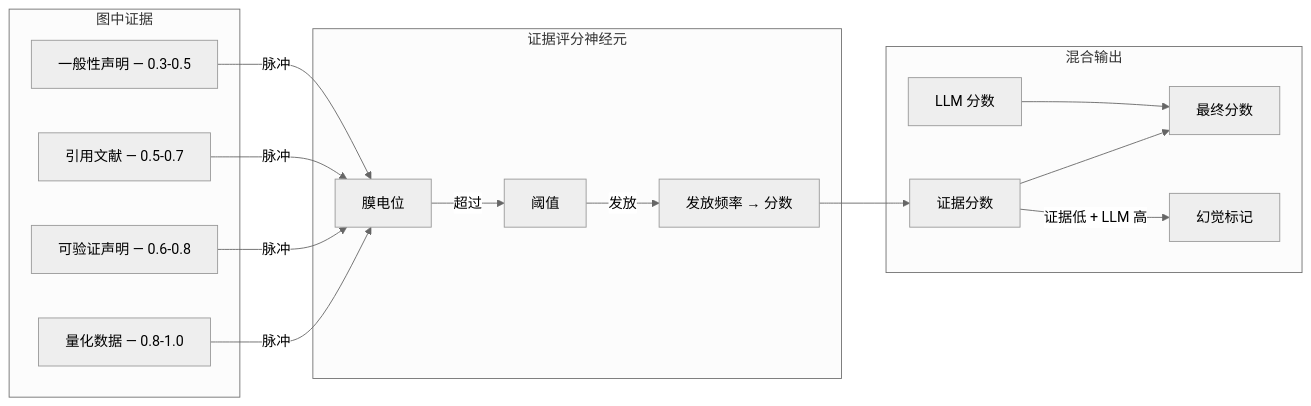
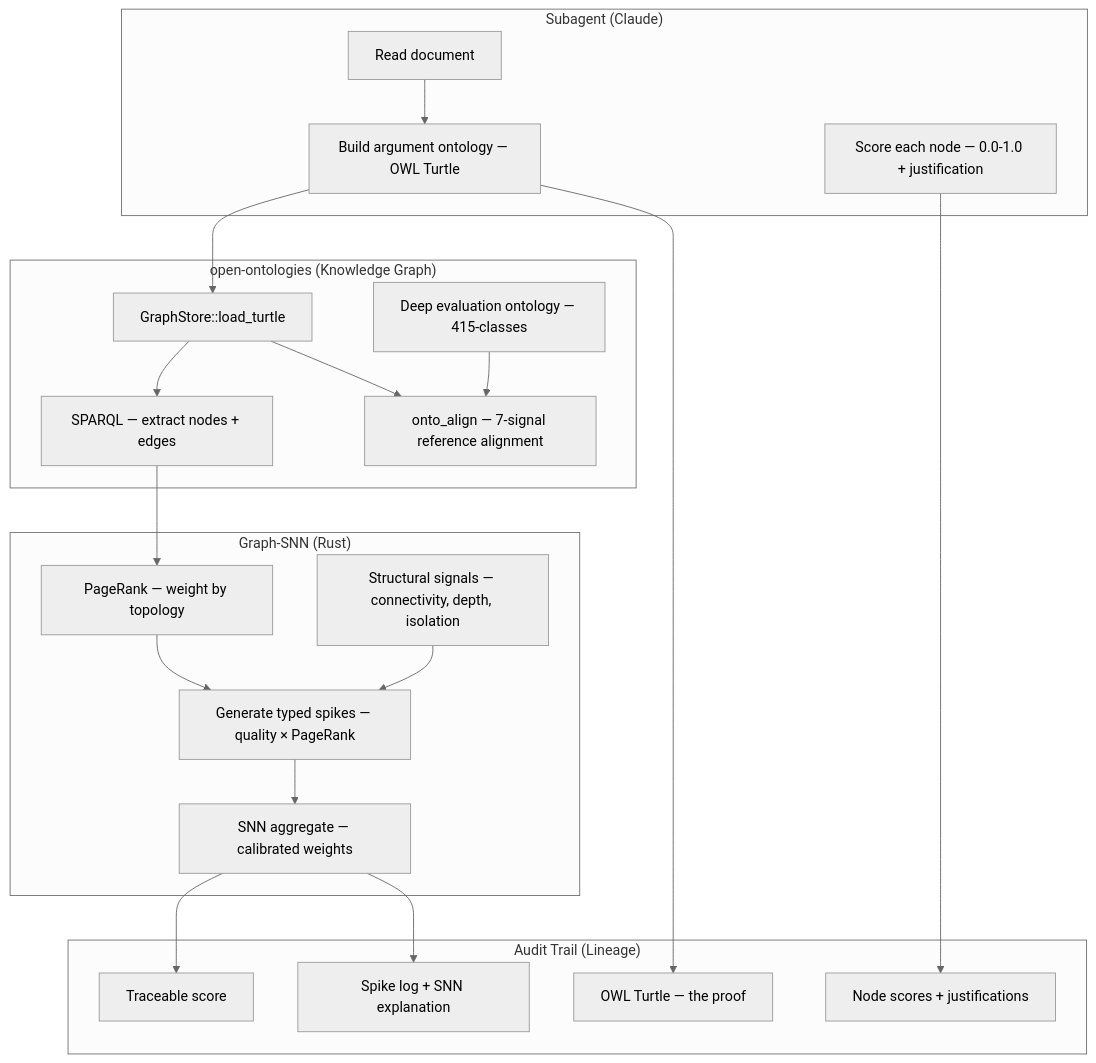
Before and after one commit to fabio-rovai/brain-in-the-fish: the third of 4 diagrams in README-CN.md, drawn with Mermaid (neutral theme). The commit also changed other lines of this file and 2 other files, not shown here.

First line of the commit message:
docs: factual audit + full rewrite of all 3 READMEs (EN/CN/JP)

````diff
--- a/README-CN.md
+++ b/README-CN.md
@@ -204,28 +263,40 @@
 ```mermaid
-graph LR
-    subgraph "图中证据"
-        QD[量化数据 — 0.8-1.0]
-        VC[可验证声明 — 0.6-0.8]
-        CI[引用文献 — 0.5-0.7]
-        GC[一般性声明 — 0.3-0.5]
+graph TB
+    subgraph "Subagent (Claude)"
+        READ[Read document]
+        SKETCH[Build argument ontology — OWL Turtle]
+        SCORE_N[Score each node — 0.0-1.0 + justification]
     end
 
-    subgraph "证据评分神经元"
-        MP[膜电位]
-        TH[阈值]
-        FR[发放频率 → 分数]
+    subgraph "open-ontologies (Knowledge Graph)"
+        LOAD[GraphStore::load_turtle]
+        SPARQL[SPARQL — extract nodes + edges]
+        ALIGN[onto_align — 7-signal reference alignment]
+        REF[Deep evaluation ontology — 415-classes]
     end
 
-    subgraph "混合输出"
-        SS[证据分数]
-        LS[LLM 分数]
-        FS[最终分数]
-        HF[幻觉标记]
+    subgraph "Graph-SNN (Rust)"
+        PR[PageRank — weight by topology]
+        SPIKE[Generate typed spikes — quality × PageRank]
+        STRUCT[Structural signals — connectivity, depth, isolation]
+        AGG[SNN aggregate — calibrated weights]
     end
 
-    QD & VC & CI & GC -->|脉冲| MP
-    MP -->|超过| TH -->|发放| FR
-    FR --> SS
-    SS & LS --> FS
-    SS -->|"证据低 + LLM 高"| HF
+    subgraph "Audit Trail (Lineage)"
+        TTL[OWL Turtle — the proof]
+        NODES[Node scores + justifications]
+        LOG[Spike log + SNN explanation]
+        FINAL[Traceable score]
+    end
+
+    READ --> SKETCH --> LOAD
+    SCORE_N --> NODES
+    LOAD --> SPARQL --> PR
+    LOAD --> ALIGN
+    REF --> ALIGN
+    PR --> SPIKE
+    STRUCT --> SPIKE
+    SPIKE --> AGG --> FINAL
+    SKETCH --> TTL
+    AGG --> LOG
 ```
````
